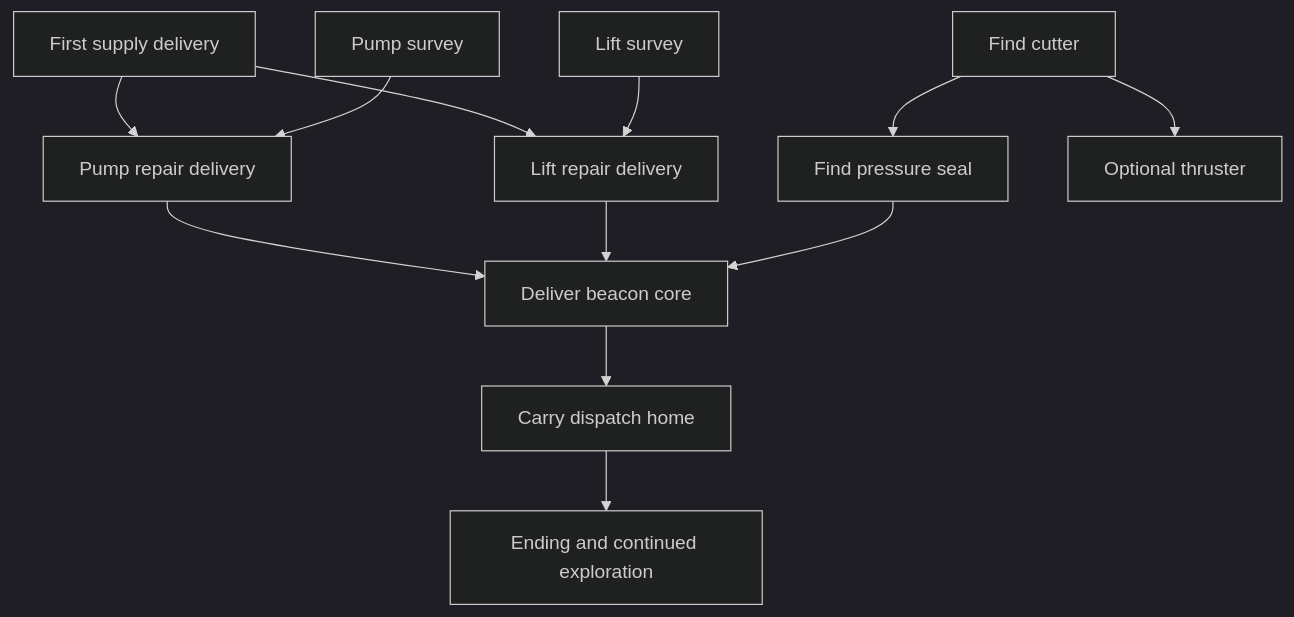
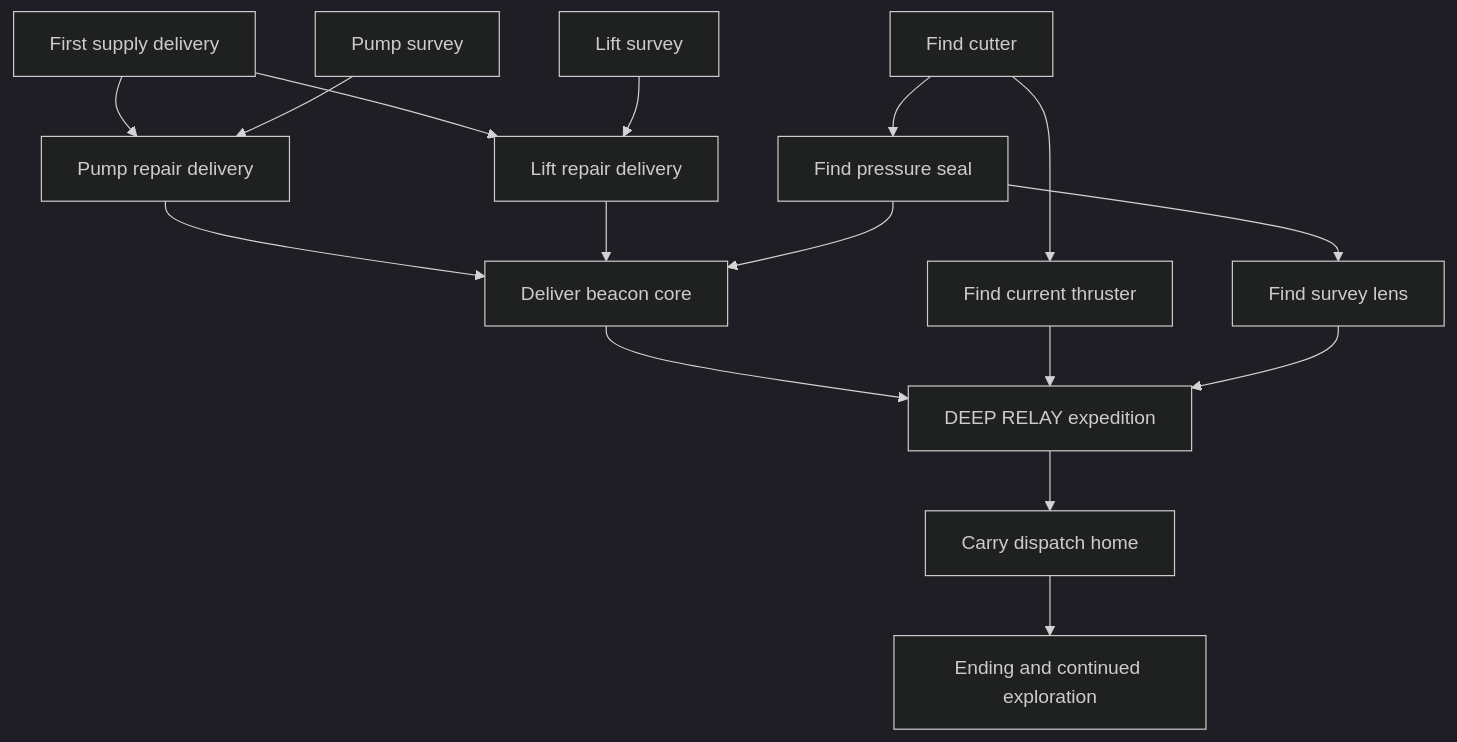
Before and after one commit to FreezingSnail/sub-hauler: the diagram in docs/progression.md, drawn with Mermaid (dark theme). The commit also changed other lines of this file and 1095 other files, not shown here.

````diff
--- a/docs/progression.md
+++ b/docs/progression.md
@@ -83,14 +105,18 @@
 ```mermaid
 flowchart TD
     FIRST[First supply delivery] --> PUMP[Pump repair delivery]
     PS[Pump survey] --> PUMP
     FIRST --> LIFT[Lift repair delivery]
     LS[Lift survey] --> LIFT
     CUTTER[Find cutter] --> SEAL[Find pressure seal]
-    CUTTER --> THRUSTER[Optional thruster]
+    CUTTER --> THRUSTER[Find current thruster]
+    SEAL --> LENS[Find survey lens]
     PUMP --> BEACON[Deliver beacon core]
     LIFT --> BEACON
     SEAL --> BEACON
-    BEACON --> HOME[Carry dispatch home]
+    BEACON --> RELAY[DEEP RELAY expedition]
+    THRUSTER --> RELAY
+    LENS --> RELAY
+    RELAY --> HOME[Carry dispatch home]
     HOME --> END[Ending and continued exploration]
 ```
````
